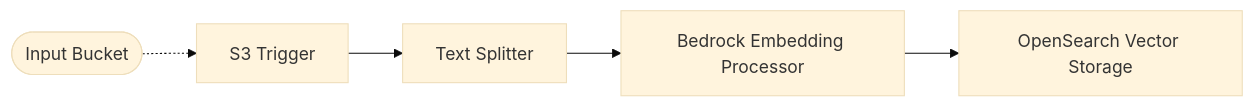
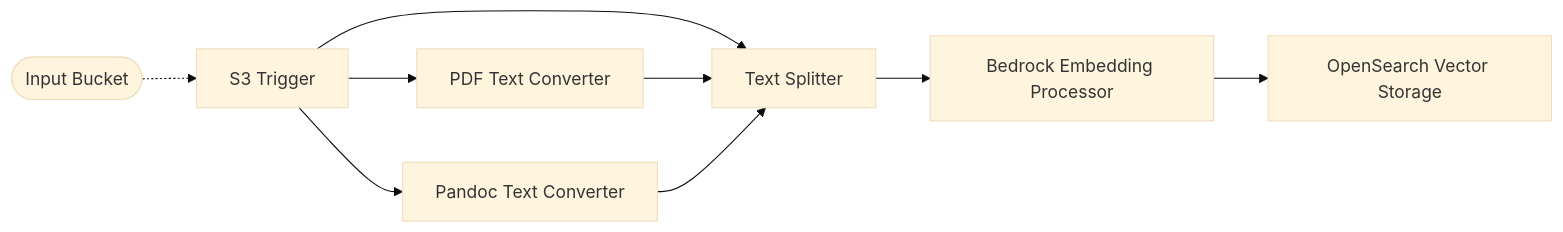
Before and after one commit to awslabs/project-lakechain: the diagram in examples/simple-pipelines/embedding-pipelines/bedrock-opensearch-pipeline/README.md, drawn with Mermaid (base theme). The commit also changed other lines of this file and 22 other files, not shown here.

````diff
--- a/examples/simple-pipelines/embedding-pipelines/bedrock-opensearch-pipeline/README.md
+++ b/examples/simple-pipelines/embedding-pipelines/bedrock-opensearch-pipeline/README.md
@@ -7,7 +7,11 @@
 ```mermaid
 flowchart LR
   Input([Input Bucket]) -.-> S3[S3 Trigger]
   S3 --> TextSplitter[Text Splitter]
+  S3 --> PDF[PDF Text Converter]
+  S3 --> Pandoc[Pandoc Text Converter]
+  PDF --> TextSplitter
+  Pandoc --> TextSplitter
   TextSplitter --> Bedrock[Bedrock Embedding Processor]
   Bedrock --> OpenSearch[OpenSearch Vector Storage]
 ```
````
